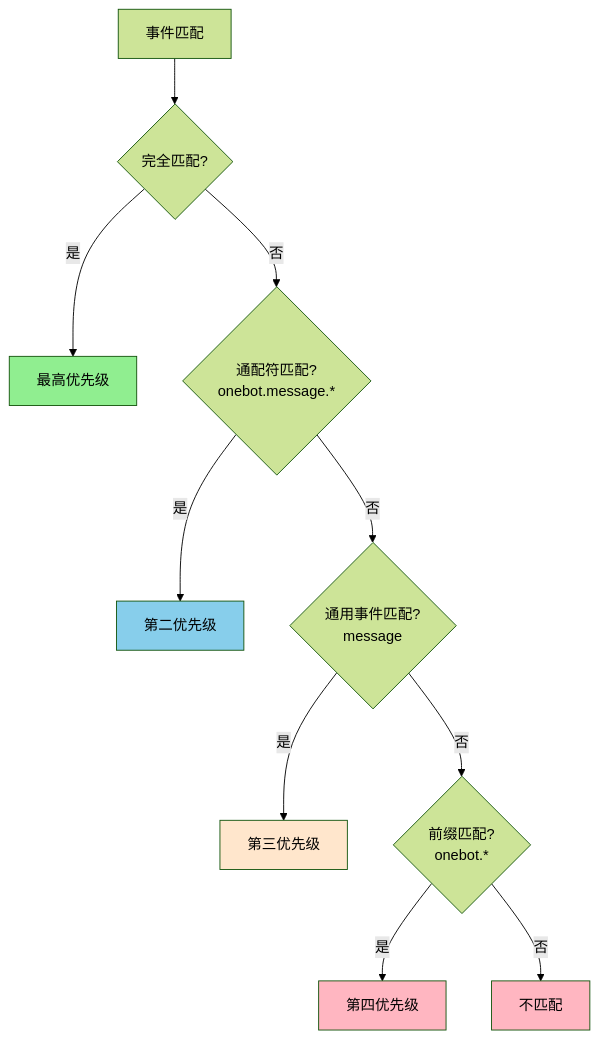
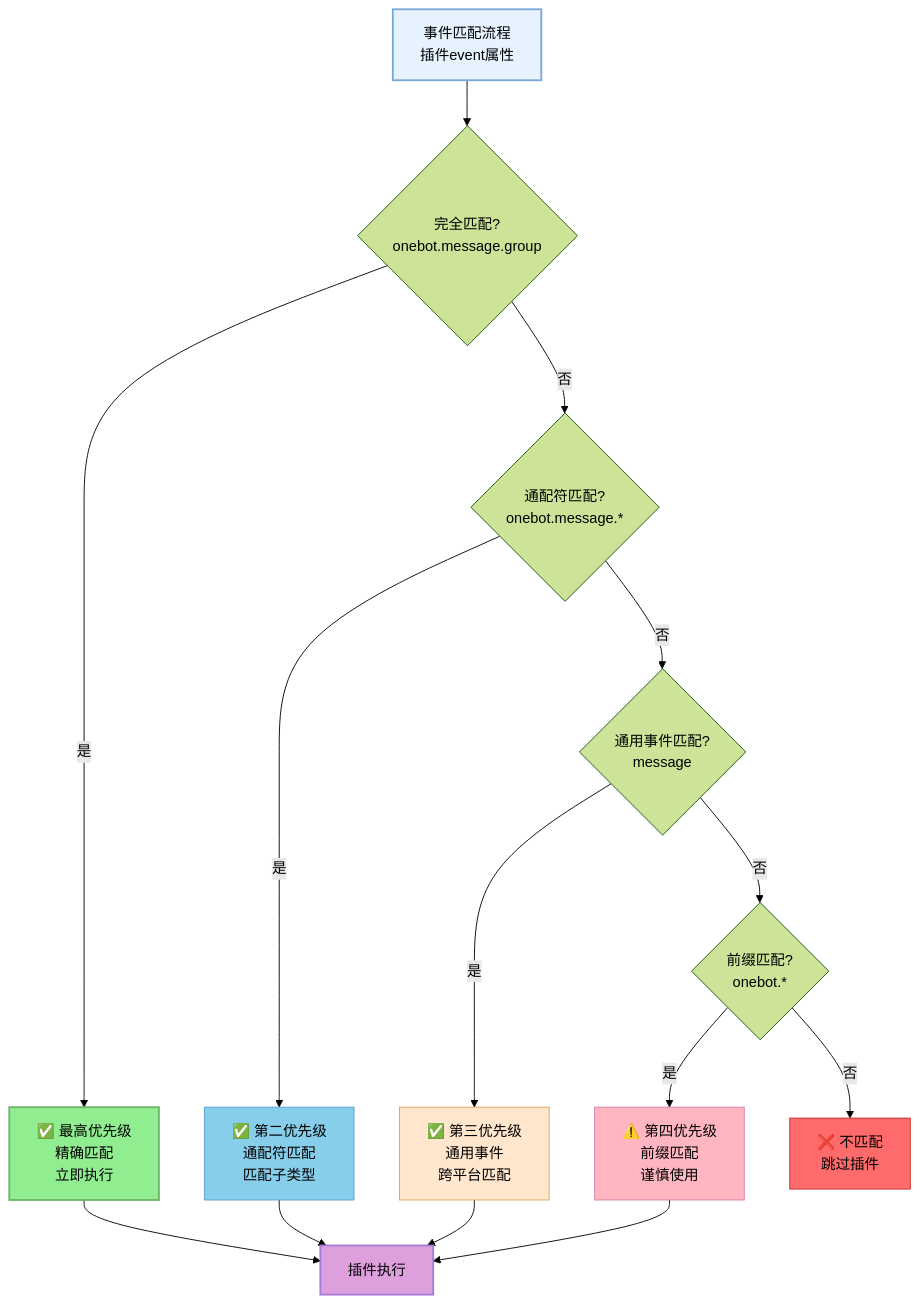
The second of 4 diagrams in docs/事件系统标准化文档.md (sunflowermm/XRK-AGT), drawn with Mermaid (forest theme) before and after one commit. The commit also changed other lines of this file and 17 other files, not shown here.

````diff
--- a/docs/事件系统标准化文档.md
+++ b/docs/事件系统标准化文档.md
@@ -26,18 +35,25 @@
 ```mermaid
 flowchart TB
-    A[事件匹配] --> B{完全匹配?}
-    B -->|是| C[最高优先级]
+    A["事件匹配流程<br/>插件event属性"] --> B{完全匹配?<br/>onebot.message.group}
+    B -->|是| C["✅ 最高优先级<br/>精确匹配<br/>立即执行"]
     B -->|否| D{通配符匹配?<br/>onebot.message.*}
-    D -->|是| E[第二优先级]
+    D -->|是| E["✅ 第二优先级<br/>通配符匹配<br/>匹配子类型"]
     D -->|否| F{通用事件匹配?<br/>message}
-    F -->|是| G[第三优先级]
+    F -->|是| G["✅ 第三优先级<br/>通用事件<br/>跨平台匹配"]
     F -->|否| H{前缀匹配?<br/>onebot.*}
-    H -->|是| I[第四优先级]
-    H -->|否| J[不匹配]
+    H -->|是| I["⚠️ 第四优先级<br/>前缀匹配<br/>谨慎使用"]
+    H -->|否| J["❌ 不匹配<br/>跳过插件"]
     
-    style C fill:#90EE90
-    style E fill:#87CEEB
-    style G fill:#FFE6CC
-    style I fill:#FFB6C1
-    style J fill:#FFB6C1
+    C --> K["插件执行"]
+    E --> K
+    G --> K
+    I --> K
+    
+    style A fill:#E6F3FF,stroke:#7AA7D9,stroke-width:2px
+    style C fill:#90EE90,stroke:#6CB46C,stroke-width:2px
+    style E fill:#87CEEB,stroke:#5A9FD4
+    style G fill:#FFE6CC,stroke:#D9A35D
+    style I fill:#FFB6C1,stroke:#D97BAF
+    style J fill:#FF6B6B,stroke:#C92A2A
+    style K fill:#DDA0DD,stroke:#A57BD9,stroke-width:2px
 ```
````
